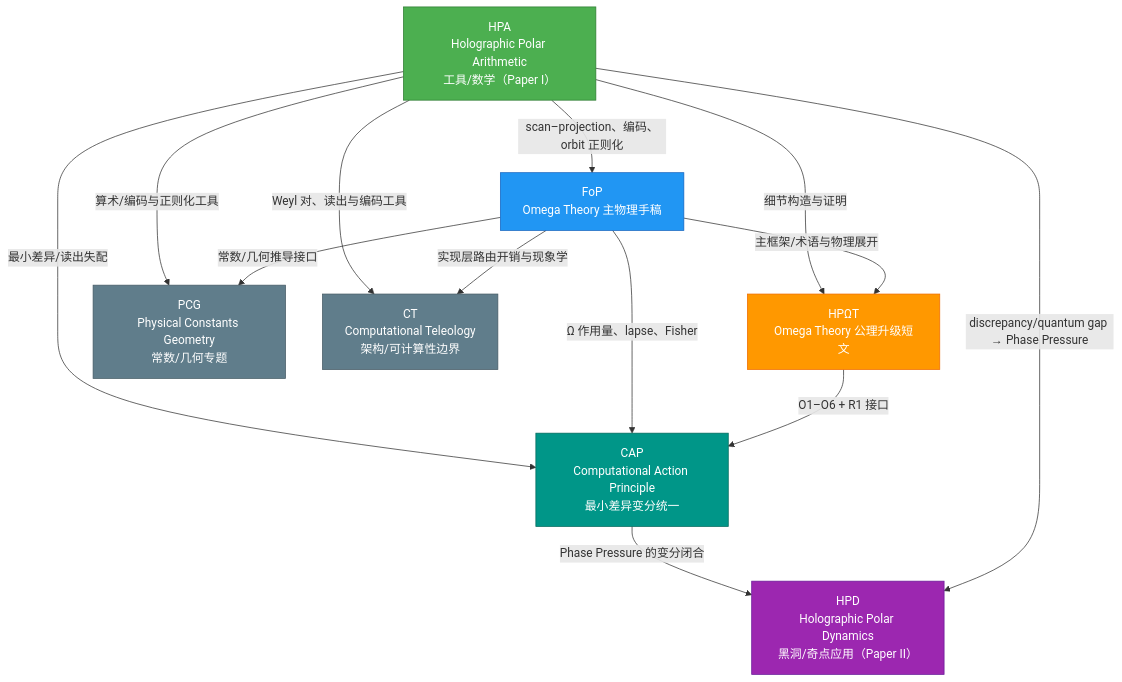
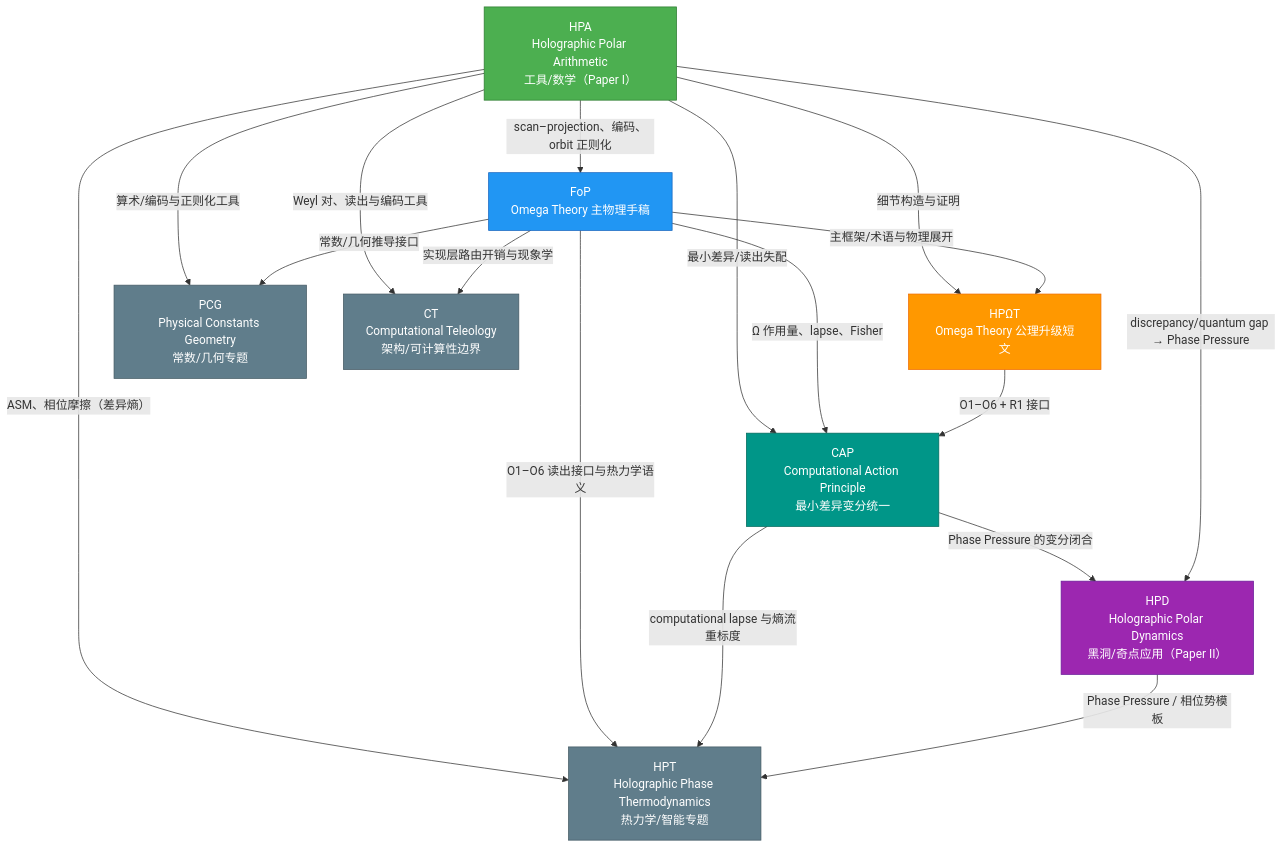
Before and after one commit to loning/the-omega: the diagram in docs/papers/index.md, drawn with Mermaid. The commit also changed other lines of this file and 36 other files, not shown here.

````diff
--- a/docs/papers/index.md
+++ b/docs/papers/index.md
@@ -21,38 +22,44 @@
 ```mermaid
 flowchart TB
   HPA["HPA<br/>Holographic Polar Arithmetic<br/>工具/数学（Paper I）"]
   FoP["FoP<br/>Omega Theory 主物理手稿"]
   HPOT["HPΩT<br/>Omega Theory 公理升级短文"]
   CAP["CAP<br/>Computational Action Principle<br/>最小差异变分统一"]
+  HPT["HPT<br/>Holographic Phase Thermodynamics<br/>热力学/智能专题"]
   HPD["HPD<br/>Holographic Polar Dynamics<br/>黑洞/奇点应用（Paper II）"]
   PCG["PCG<br/>Physical Constants Geometry<br/>常数/几何专题"]
   CT["CT<br/>Computational Teleology<br/>架构/可计算性边界"]
 
   HPA -->|"scan–projection、编码、orbit 正则化"| FoP
   HPA -->|"细节构造与证明"| HPOT
   FoP -->|"主框架/术语与物理展开"| HPOT
   HPA -->|"最小差异/读出失配"| CAP
   FoP -->|"Ω 作用量、lapse、Fisher"| CAP
   HPOT -->|"O1–O6 + R1 接口"| CAP
+  HPA -->|"ASM、相位摩擦（差异熵）"| HPT
+  FoP -->|"O1–O6 读出接口与热力学语义"| HPT
+  CAP -->|"computational lapse 与熵流重标度"| HPT
+  HPD -->|"Phase Pressure / 相位势模板"| HPT
   CAP -->|"Phase Pressure 的变分闭合"| HPD
   HPA -->|"discrepancy/quantum gap → Phase Pressure"| HPD
   HPA -->|"Weyl 对、读出与编码工具"| CT
   FoP -->|"实现层路由开销与现象学"| CT
   HPA -->|"算术/编码与正则化工具"| PCG
   FoP -->|"常数/几何推导接口"| PCG
 
   classDef tool fill:#4CAF50,stroke:#2E7D32,color:#FFFFFF;
   classDef core fill:#2196F3,stroke:#1565C0,color:#FFFFFF;
   classDef note fill:#FF9800,stroke:#EF6C00,color:#FFFFFF;
   classDef app fill:#9C27B0,stroke:#6A1B9A,color:#FFFFFF;
   classDef unify fill:#009688,stroke:#00695C,color:#FFFFFF;
   classDef topic fill:#607D8B,stroke:#455A64,color:#FFFFFF;
 
   class HPA tool;
   class FoP core;
   class HPOT note;
+  class HPT topic;
   class HPD app;
   class CAP unify;
   class PCG topic;
   class CT topic;
 ```
````
